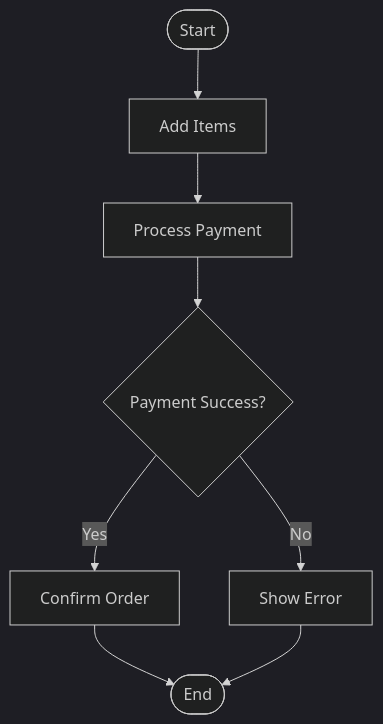
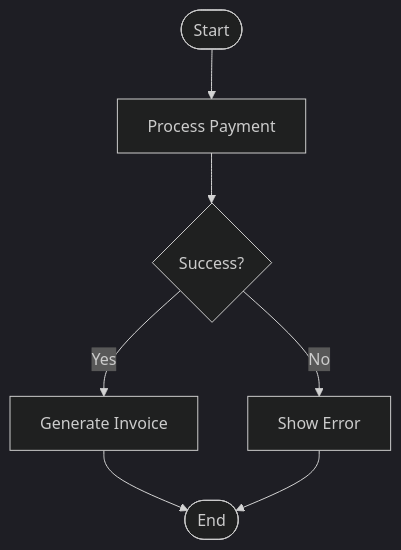
The first of 3 diagrams in 03-Academics/OOSE/New Draft/5.7 — Activity Diagram.md (namaewafaisal/Obsidian_Vault), drawn with Mermaid (dark theme) before and after one commit. The commit also changed other lines of this file and 4 other files, not shown here.

````diff
--- a/03-Academics/OOSE/New Draft/5.7 — Activity Diagram.md
+++ b/03-Academics/OOSE/New Draft/5.7 — Activity Diagram.md
@@ -35,20 +108,21 @@
 ```mermaid
 flowchart TD
-    A([Start])
-    B[Add Items]
-    C[Process Payment]
-    D{Payment Success?}
-    E[Confirm Order]
-    F[Show Error]
-    G([End])
 
-    A --> B
-    B --> C
-    C --> D
+A([Start])
+B[Process Payment]
+C{Success?}
 
-    D -->|Yes| E
-    D -->|No| F
+D[Generate Invoice]
+E[Show Error]
 
-    E --> G
-    F --> G
+F([End])
+
+A --> B
+B --> C
+
+C -->|Yes| D
+C -->|No| E
+
+D --> F
+E --> F
 ```
````
